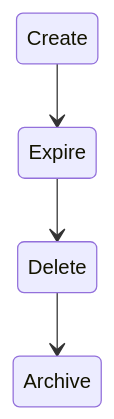
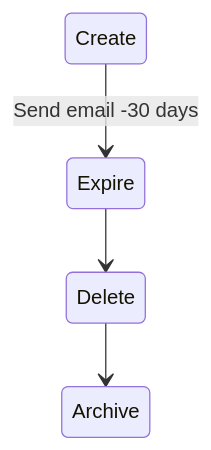
One commit to gferhpc/supercomputing.tue.nl changed the diagram in pages/documentation/administration/users.md. Above: the diagram before and after it, drawn with Mermaid.

````diff
--- a/pages/documentation/administration/users.md
+++ b/pages/documentation/administration/users.md
@@ -92,7 +92,7 @@
 ```mermaid
 stateDiagram
-    Create --> Expire
+    Create --> Expire: Send email -30 days
     Expire --> Delete
     Delete --> Archive
 
 ``` 
````
